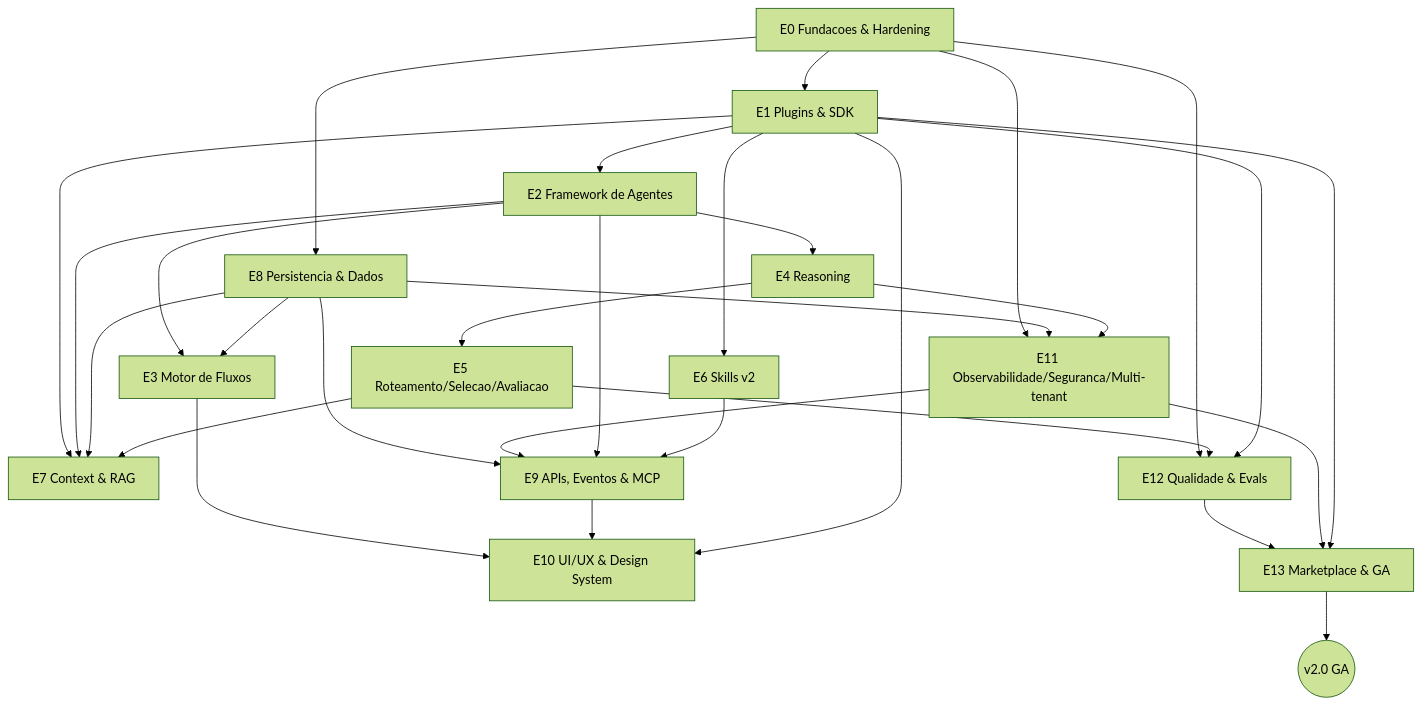
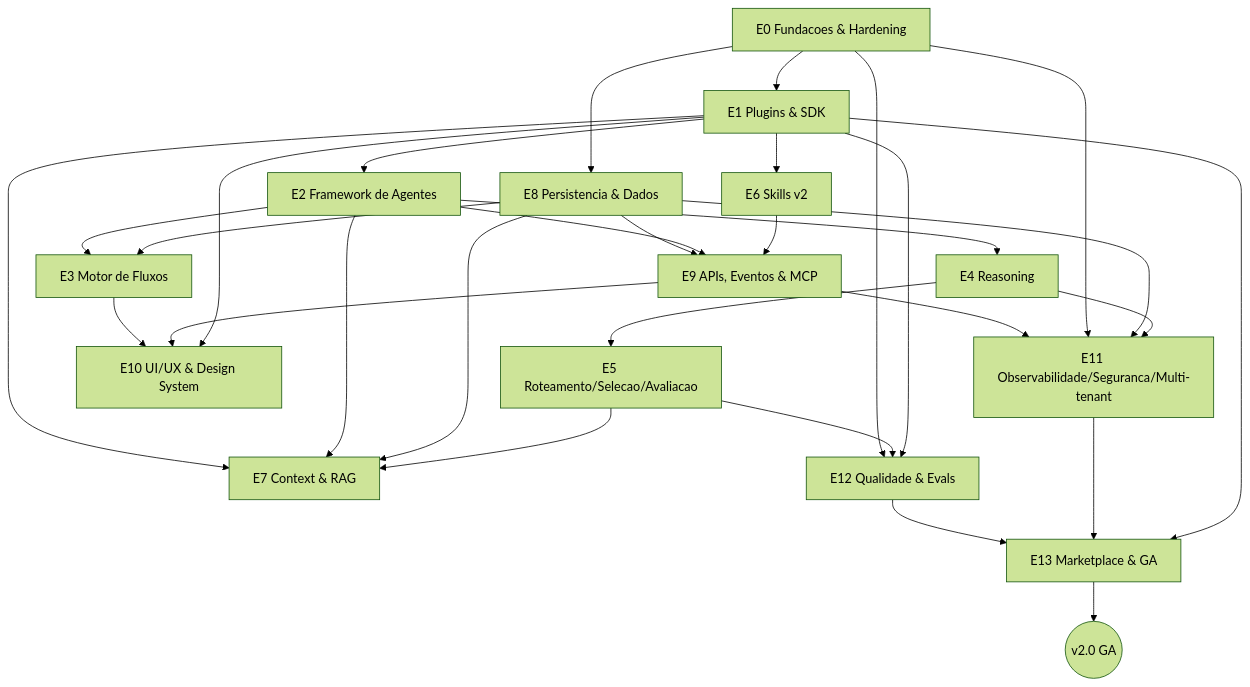
Diagram 12 of 12 in docs/architecture/v2_platform_reference.md (acpguedes/autodev), drawn with Mermaid (forest theme) before and after one commit. The commit also changed other lines of this file, not shown here.

First line of the commit message:
docs(v2): fix roadmap dependency cycle and cross-references

````diff
--- a/docs/architecture/v2_platform_reference.md
+++ b/docs/architecture/v2_platform_reference.md
@@ -5558,47 +5558,47 @@
 ```mermaid
 graph TD
     E0[E0 Fundacoes & Hardening]
     E1[E1 Plugins & SDK]
     E2[E2 Framework de Agentes]
     E3[E3 Motor de Fluxos]
     E4[E4 Reasoning]
     E5[E5 Roteamento/Selecao/Avaliacao]
     E6[E6 Skills v2]
     E7[E7 Context & RAG]
     E8[E8 Persistencia & Dados]
     E9[E9 APIs, Eventos & MCP]
     E10[E10 UI/UX & Design System]
     E11[E11 Observabilidade/Seguranca/Multi-tenant]
     E12[E12 Qualidade & Evals]
     E13[E13 Marketplace & GA]
 
     E0 --> E1
     E0 --> E8
     E1 --> E2
     E1 --> E6
     E2 --> E3
     E2 --> E4
     E4 --> E5
     E8 --> E3
     E1 --> E7
     E2 --> E7
     E8 --> E7
     E5 --> E7
     E8 --> E9
-    E11 --> E9
+    E9 --> E11
     E2 --> E9
     E6 --> E9
     E3 --> E10
     E9 --> E10
     E1 --> E10
     E0 --> E11
     E8 --> E11
     E4 --> E11
     E0 --> E12
     E5 --> E12
     E1 --> E12
     E12 --> E13
     E11 --> E13
     E1 --> E13
     E13 --> GA((v2.0 GA))
 ```
````
